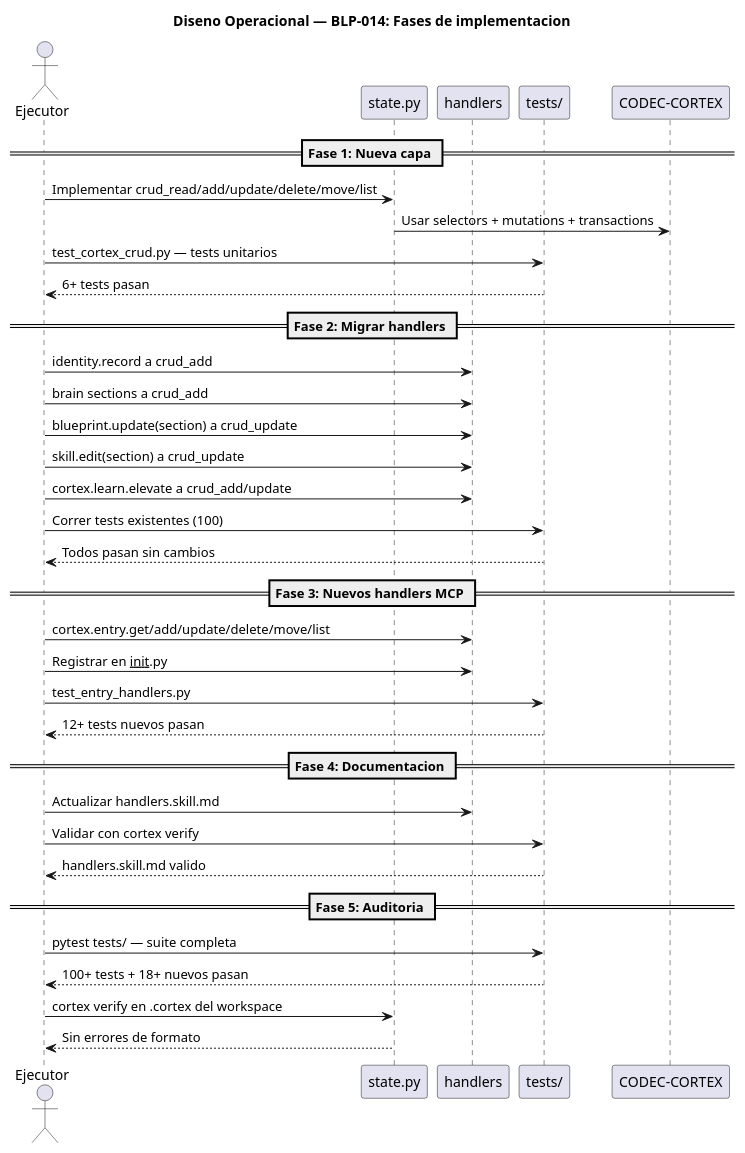
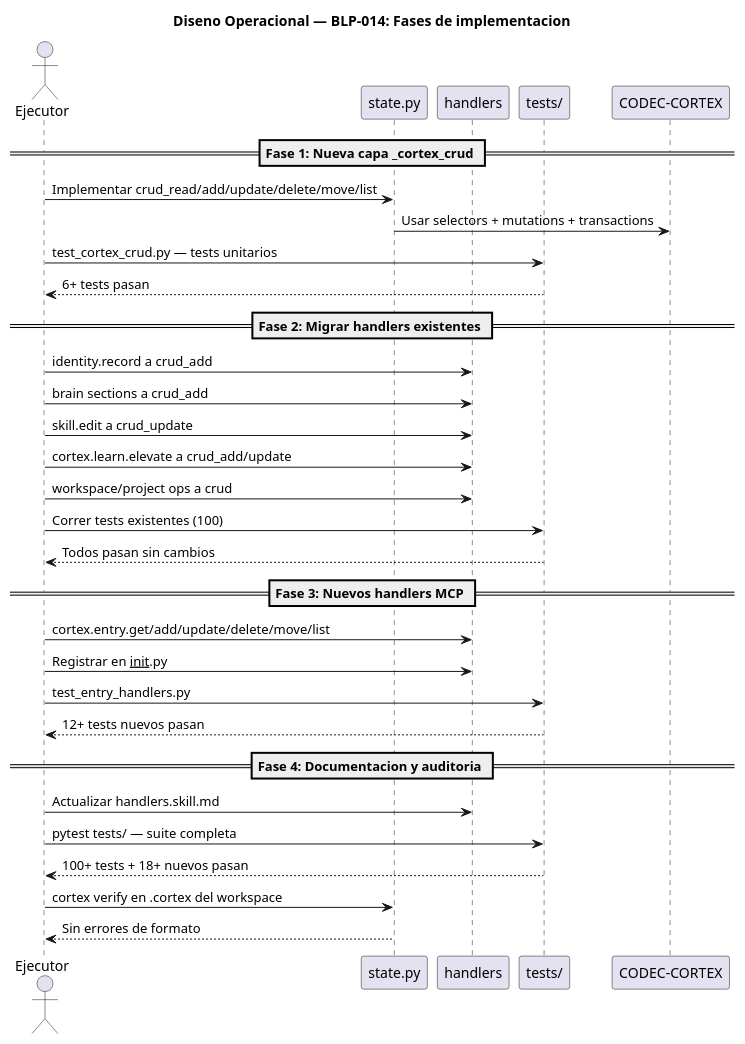
One commit to FidelErnesto03/arqux changed the third of 3 diagrams in .arqux/cycles/CYCLE-01/blueprints/BLP-014.md. Above: the diagram before and after it, drawn with PlantUML. The commit also changed other lines of this file and 24 other files, not shown here.

````diff
--- a/.arqux/cycles/CYCLE-01/blueprints/BLP-014.md
+++ b/.arqux/cycles/CYCLE-01/blueprints/BLP-014.md
@@ -211,44 +214,40 @@
 ```puml
 @startuml
 title Diseno Operacional — BLP-014: Fases de implementacion
 
 actor "Ejecutor" as E
 participant "state.py" as CRUD
 participant "handlers" as H
 participant "tests/" as T
 participant "CODEC-CORTEX" as CC
 
-== Fase 1: Nueva capa ==
+== Fase 1: Nueva capa _cortex_crud ==
 E -> CRUD: Implementar crud_read/add/update/delete/move/list
 CRUD -> CC: Usar selectors + mutations + transactions
 E -> T: test_cortex_crud.py — tests unitarios
 T --> E: 6+ tests pasan
 
-== Fase 2: Migrar handlers ==
+== Fase 2: Migrar handlers existentes ==
 E -> H: identity.record a crud_add
 E -> H: brain sections a crud_add
-E -> H: blueprint.update(section) a crud_update
-E -> H: skill.edit(section) a crud_update
+E -> H: skill.edit a crud_update
 E -> H: cortex.learn.elevate a crud_add/update
+E -> H: workspace/project ops a crud
 E -> T: Correr tests existentes (100)
 T --> E: Todos pasan sin cambios
 
 == Fase 3: Nuevos handlers MCP ==
 E -> H: cortex.entry.get/add/update/delete/move/list
 E -> H: Registrar en __init__.py
 E -> T: test_entry_handlers.py
 T --> E: 12+ tests nuevos pasan
 
-== Fase 4: Documentacion ==
+== Fase 4: Documentacion y auditoria ==
 E -> H: Actualizar handlers.skill.md
-E -> T: Validar con cortex verify
-T --> E: handlers.skill.md valido
-
-== Fase 5: Auditoria ==
 E -> T: pytest tests/ — suite completa
 T --> E: 100+ tests + 18+ nuevos pasan
 E -> CRUD: cortex verify en .cortex del workspace
 CRUD --> E: Sin errores de formato
 
 @enduml
 ```
````
